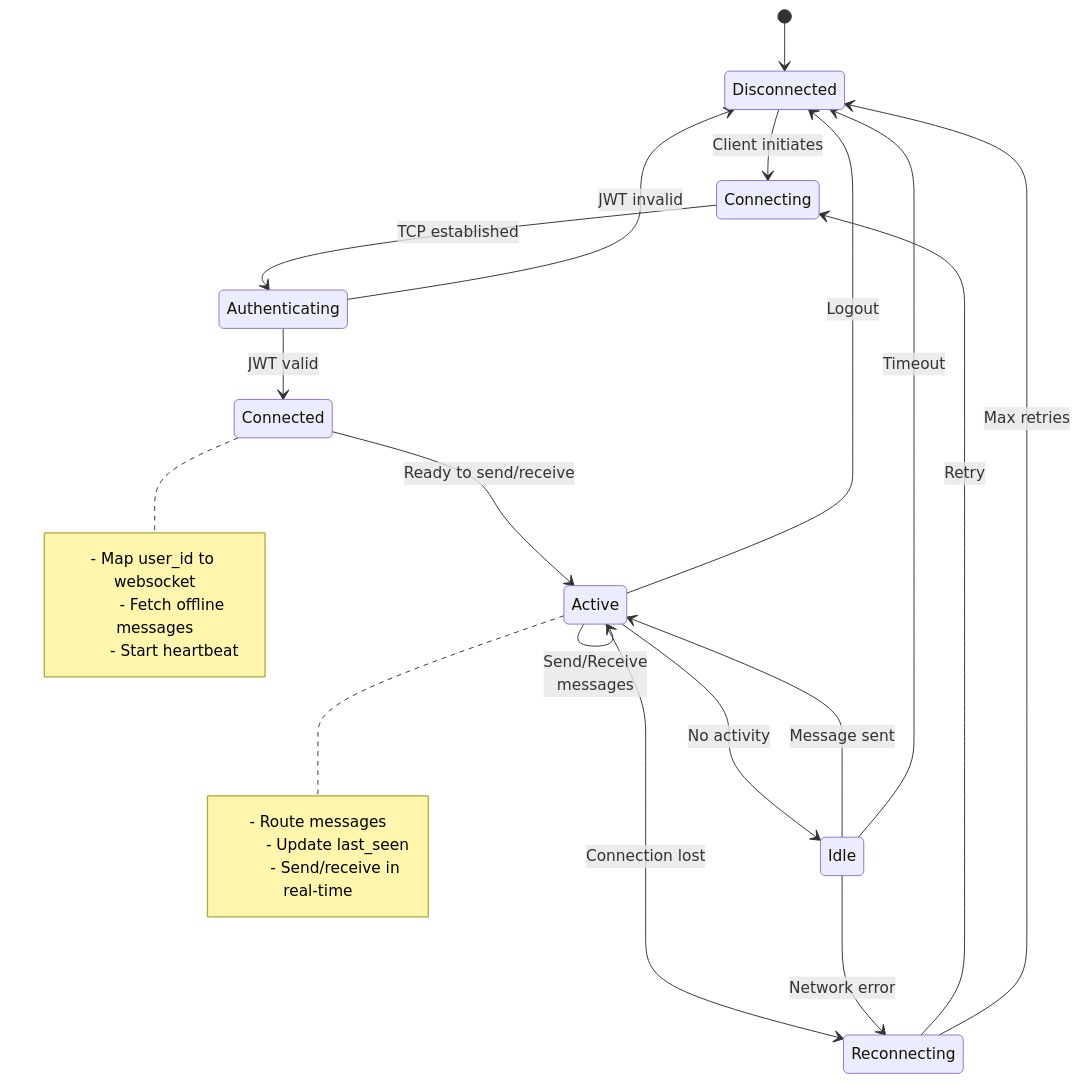
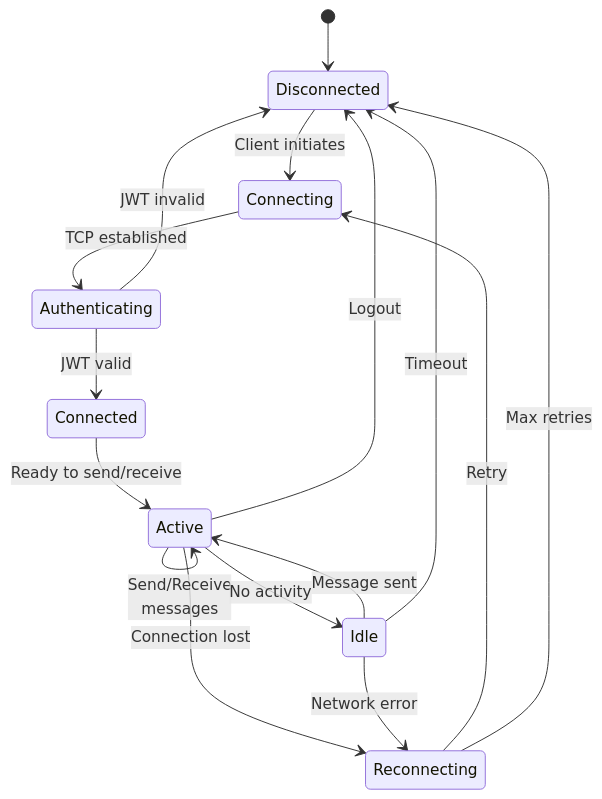
Before and after one commit to Merrick1307/chat-server: the fifth of 6 diagrams in fastapi-chat-server-punch-TSD.md, drawn with Mermaid. The commit also changed other lines of this file and 7 other files, not shown here.

````diff
--- a/fastapi-chat-server-punch-TSD.md
+++ b/fastapi-chat-server-punch-TSD.md
@@ -215,34 +213,22 @@
 ```mermaid
 stateDiagram-v2
     [*] --> Disconnected
     
     Disconnected --> Connecting: Client initiates
     Connecting --> Authenticating: TCP established
     Authenticating --> Connected: JWT valid
     Authenticating --> Disconnected: JWT invalid
     
     Connected --> Active: Ready to send/receive
     Active --> Active: Send/Receive<br/>messages
     Active --> Idle: No activity
     Idle --> Active: Message sent
     
     Active --> Reconnecting: Connection lost
     Idle --> Reconnecting: Network error
     Reconnecting --> Connecting: Retry
     Reconnecting --> Disconnected: Max retries
     
     Active --> Disconnected: Logout
     Idle --> Disconnected: Timeout
-    
-    note right of Connected
-        - Map user_id to websocket
-        - Fetch offline messages
-        - Start heartbeat
-    end note
-    
-    note right of Active
-        - Route messages
-        - Update last_seen
-        - Send/receive in real-time
-    end note
 ```
````
